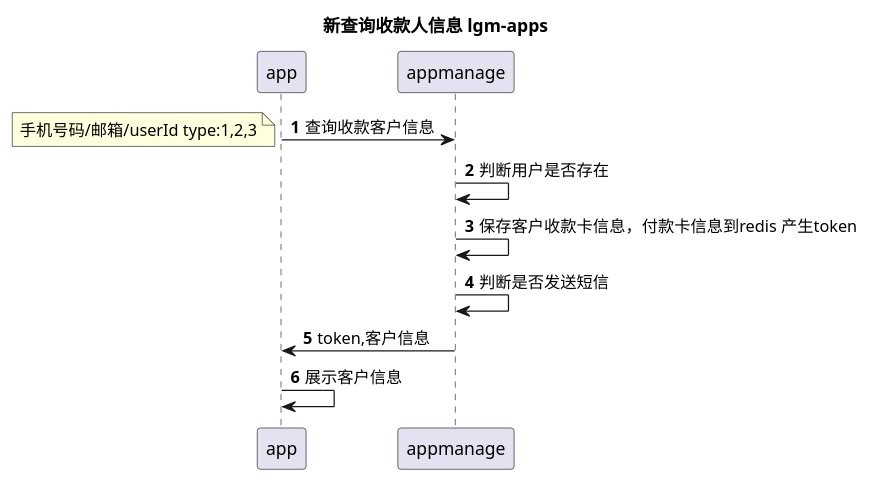
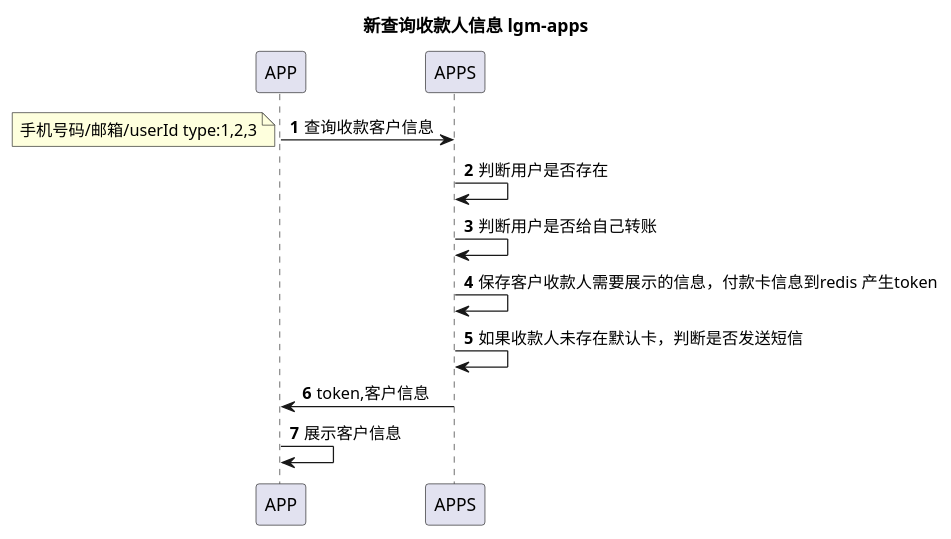
Before and after one commit to 13589080127/zc-test: the diagram in doc/wpay/1.4.0/查询收款人信息.puml, drawn with PlantUML.

Commit message:
查询收款人流程优化

```diff
--- a/doc/wpay/1.4.0/查询收款人信息.puml
+++ b/doc/wpay/1.4.0/查询收款人信息.puml
@@ -1,11 +1,12 @@
 @startuml
 autonumber
 title:新查询收款人信息 lgm-apps
-app->appmanage:查询收款客户信息
+APP->APPS:查询收款客户信息
 note left:手机号码/邮箱/userId type:1,2,3
-appmanage->appmanage:判断用户是否存在
-appmanage->appmanage:保存客户收款卡信息，付款卡信息到redis 产生token
-appmanage->appmanage:判断是否发送短信
-appmanage->app:token,客户信息
-app->app:展示客户信息
+APPS->APPS:判断用户是否存在
+APPS->APPS:判断用户是否给自己转账
+APPS->APPS:保存客户收款人需要展示的信息，付款卡信息到redis 产生token
+APPS->APPS:如果收款人未存在默认卡，判断是否发送短信
+APPS->APP:token,客户信息
+APP->APP:展示客户信息
 @enduml
```
